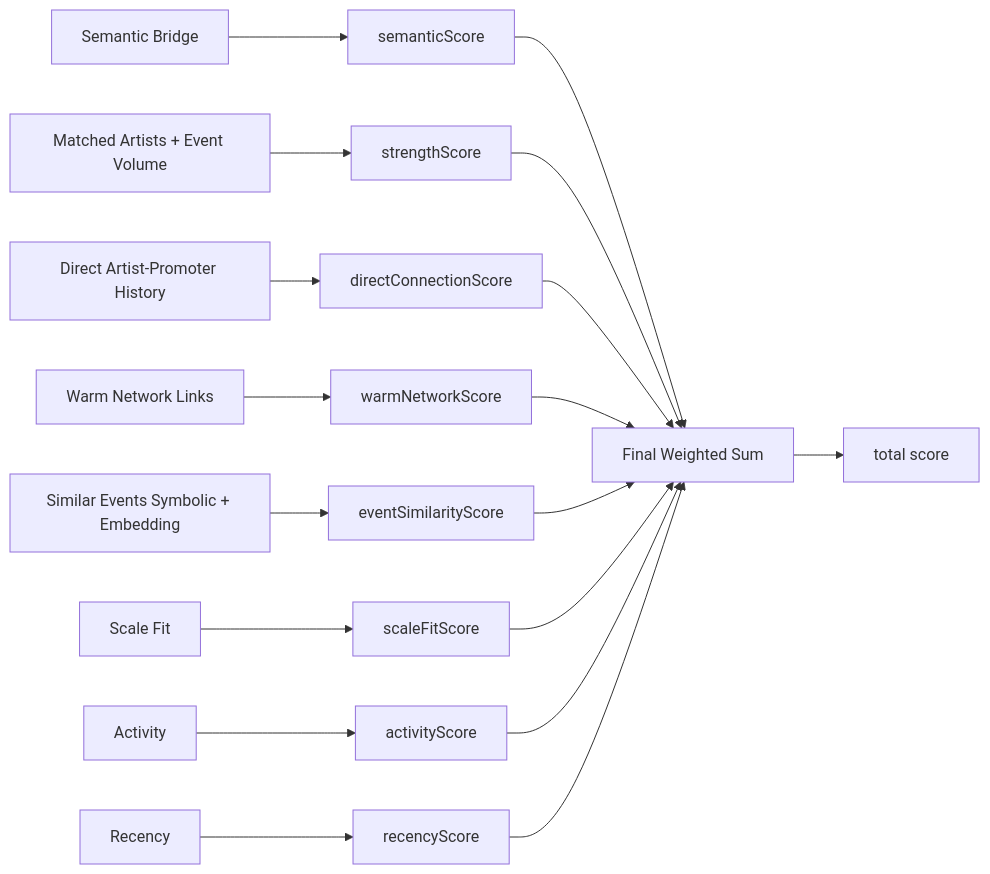
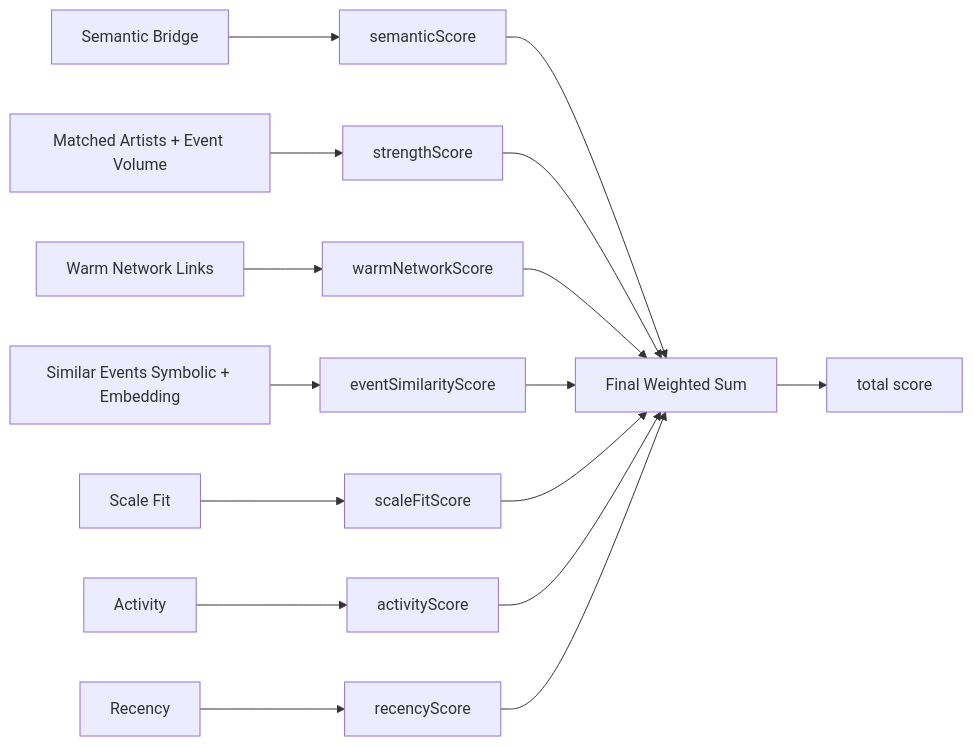
Before and after one commit to tghnx1/scenegraph: the second of 2 diagrams in docs/recommendation-engine.md, drawn with Mermaid. The commit also changed other lines of this file and 25 other files, not shown here.

````diff
--- a/docs/recommendation-engine.md
+++ b/docs/recommendation-engine.md
@@ -63,22 +62,20 @@
 ```mermaid
 flowchart LR
     A[Semantic Bridge] --> S[semanticScore]
     B[Matched Artists + Event Volume] --> T[strengthScore]
-    C[Direct Artist-Promoter History] --> DCS[directConnectionScore]
-    D[Warm Network Links] --> W[warmNetworkScore]
-    E[Similar Events Symbolic + Embedding] --> ES[eventSimilarityScore]
-    F[Scale Fit] --> SF[scaleFitScore]
-    G[Activity] --> AC[activityScore]
-    H[Recency] --> RC[recencyScore]
+    C[Warm Network Links] --> W[warmNetworkScore]
+    D[Similar Events Symbolic + Embedding] --> ES[eventSimilarityScore]
+    E[Scale Fit] --> SF[scaleFitScore]
+    F[Activity] --> AC[activityScore]
+    G[Recency] --> RC[recencyScore]
 
     S --> SUM
     T --> SUM
-    DCS --> SUM
     W --> SUM
     ES --> SUM
     SF --> SUM
     AC --> SUM
     RC --> SUM
 
     SUM[Final Weighted Sum] --> OUT[total score]
 ```
````
